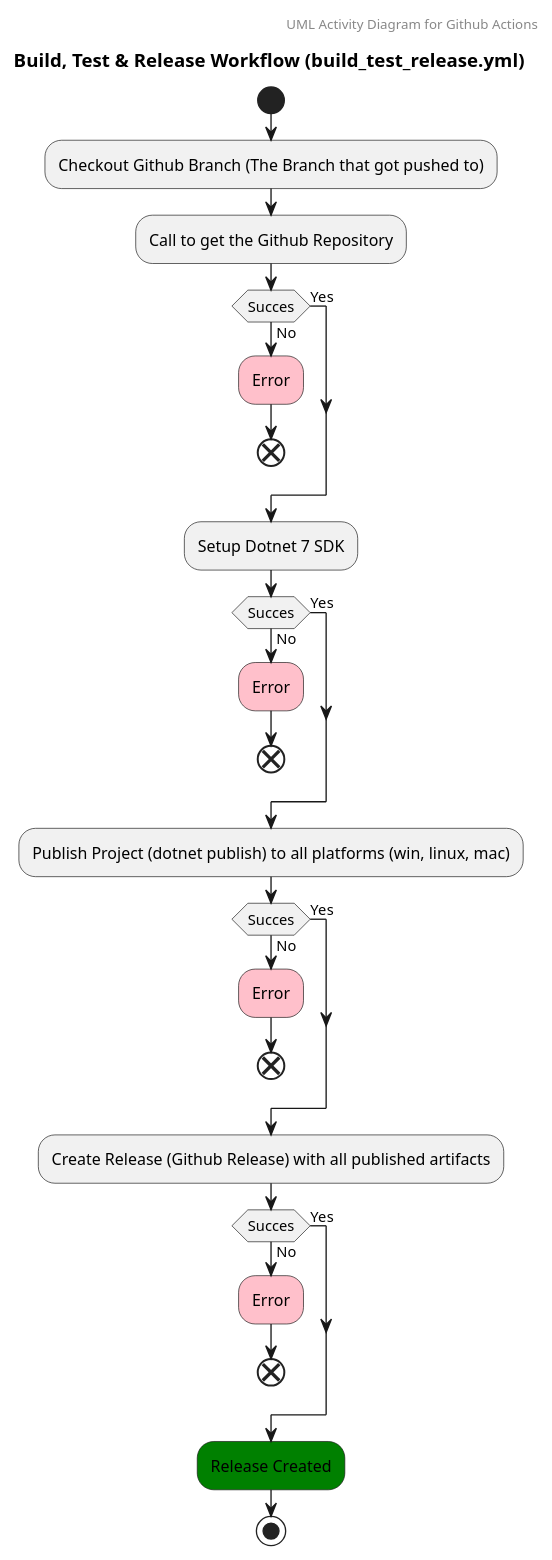
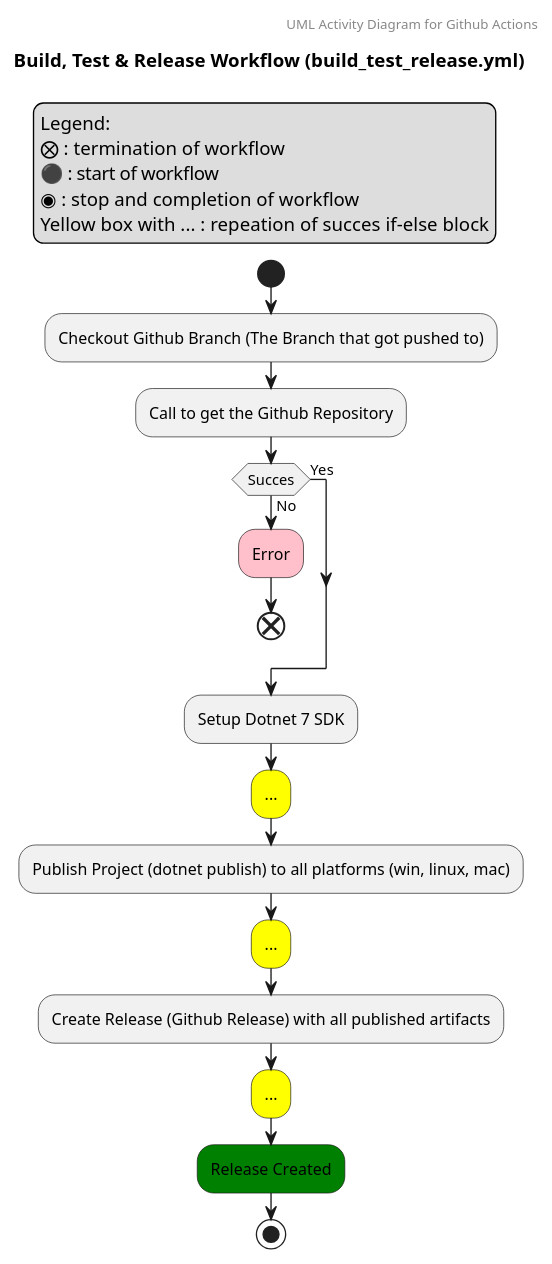
The diagram in docs/report_diagrams/UML_activity_diagrams/build_test_release_UML_act.puml (ITU-BDSA23-GROUP10/Chirp), drawn with PlantUML before and after one commit. The commit also changed 9 other files, not shown here.

Commit message:
Added a bunch more to the report in my sections. Going to finish up the last UML diagrams and insert them later

```diff
--- a/docs/report_diagrams/UML_activity_diagrams/build_test_release_UML_act.puml
+++ b/docs/report_diagrams/UML_activity_diagrams/build_test_release_UML_act.puml
@@ -1,44 +1,39 @@
 @startuml
 header UML Activity Diagram for Github Actions
 title Build, Test & Release Workflow (build_test_release.yml)
 
 start 
+legend top left
+Legend:
+⨂ : termination of workflow
+⚫ : start of workflow
+◉ : stop and completion of workflow
+Yellow box with ... : repeation of succes if-else block
+endlegend
 :Checkout Github Branch (The Branch that got pushed to);
 :Call to get the Github Repository;
-
 
 if(Succes) then (No)
     #pink:Error;
     end
 else (Yes)
 endif
 
 
+
 :Setup Dotnet 7 SDK;
 
-if(Succes) then (No)
-    #pink:Error;
-    end
-else (Yes)
-endif
+#yellow:...;
 
 :Publish Project (dotnet publish) to all platforms (win, linux, mac);
 
-if(Succes) then (No)
-    #pink:Error;
-    end
-else (Yes)
-endif
+#yellow:...;
 
 :Create Release (Github Release) with all published artifacts;
 
-if(Succes) then (No)
-    #pink:Error;
-    end
-else (Yes)
-endif
+#yellow:...;
 
 #green:Release Created;
 
 stop
 @enduml
```
